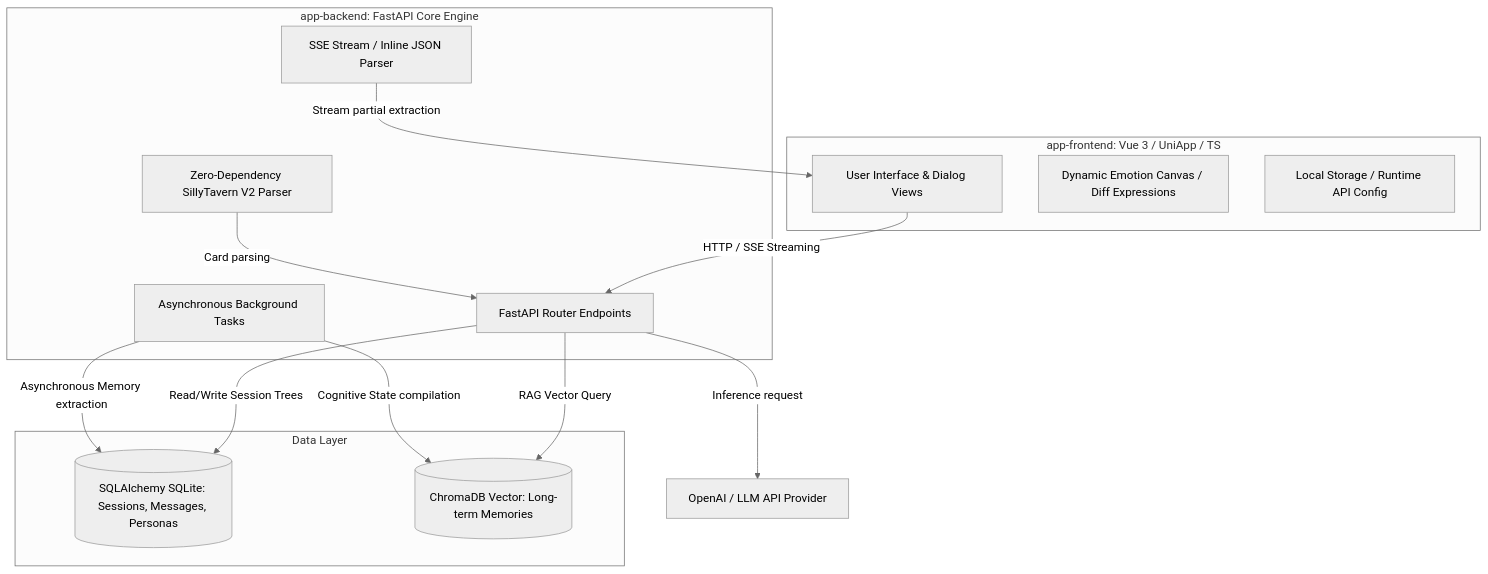
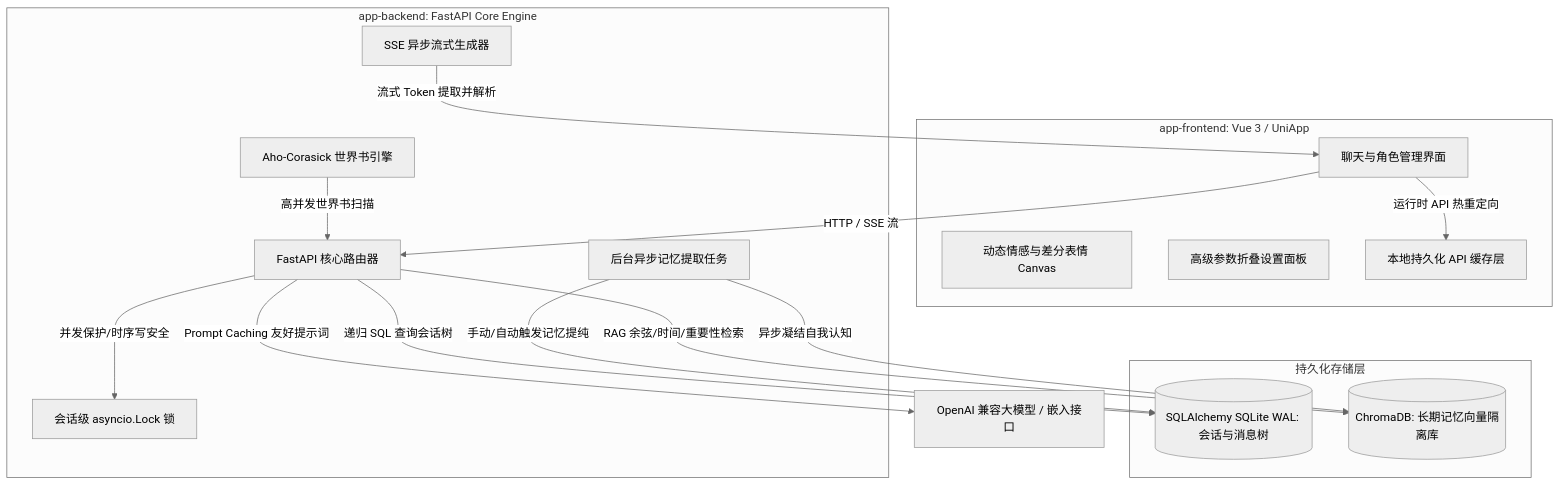
The diagram in README.md (Elma-Eimy/Elma-Roleplay), drawn with Mermaid (neutral theme) before and after one commit. The commit also changed other lines of this file, not shown here.

````diff
--- a/README.md
+++ b/README.md
@@ -19,36 +29,40 @@
 ```mermaid
 graph TD
     %% Frontend Group
-    subgraph Frontend [app-frontend: Vue 3 / UniApp / TS]
-        UI[User Interface & Dialog Views]
-        EC[Dynamic Emotion Canvas / Diff Expressions]
-        LS[Local Storage / Runtime API Config]
+    subgraph Frontend [app-frontend: Vue 3 / UniApp]
+        UI[聊天与角色管理界面]
+        EC[动态情感与差分表情 Canvas]
+        SS[高级参数折叠设置面板]
+        LS[本地持久化 API 缓存层]
     end
 
     %% Backend Group
     subgraph Backend [app-backend: FastAPI Core Engine]
-        API[FastAPI Router Endpoints]
-        PNG[Zero-Dependency SillyTavern V2 Parser]
-        SSE[SSE Stream / Inline JSON Parser]
-        BG[Asynchronous Background Tasks]
+        API[FastAPI 核心路由器]
+        LOCK[会话级 asyncio.Lock 锁]
+        SSE[SSE 异步流式生成器]
+        LRE[Aho-Corasick 世界书引擎]
+        BG[后台异步记忆提取任务]
     end
 
     %% Storage Group
-    subgraph Storage [Data Layer]
-        DB[(SQLAlchemy SQLite: Sessions, Messages, Personas)]
-        VDB[(ChromaDB Vector: Long-term Memories)]
+    subgraph Storage [持久化存储层]
+        DB[(SQLAlchemy SQLite WAL: 会话与消息树)]
+        VDB[(ChromaDB: 长期记忆向量隔离库)]
     end
 
     %% LLM Group
-    LLM[OpenAI / LLM API Provider]
+    LLM[OpenAI 兼容大模型 / 嵌入接口]
 
     %% Relationships
-    UI -->|HTTP / SSE Streaming| API
-    PNG -->|Card parsing| API
-    API -->|Read/Write Session Trees| DB
-    API -->|RAG Vector Query| VDB
-    API -->|Inference request| LLM
-    SSE -->|Stream partial extraction| UI
-    BG -->|Asynchronous Memory extraction| DB
-    BG -->|Cognitive State compilation| VDB
+    UI -->|HTTP / SSE 流| API
+    UI -->|运行时 API 热重定向| LS
+    API -->|并发保护/时序写安全| LOCK
+    API -->|递归 SQL 查询会话树| DB
+    API -->|RAG 余弦/时间/重要性检索| VDB
+    API -->|Prompt Caching 友好提示词| LLM
+    SSE -->|流式 Token 提取并解析| UI
+    BG -->|手动/自动触发记忆提纯| DB
+    BG -->|异步凝结自我认知| VDB
+    LRE -->|高并发世界书扫描| API
 ```
````
